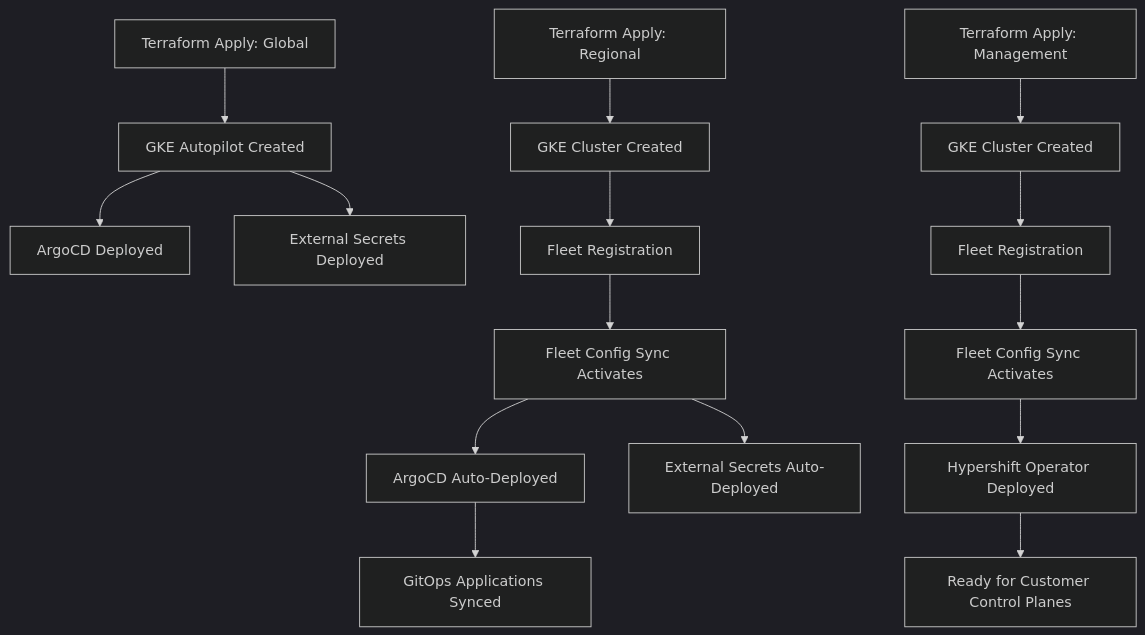
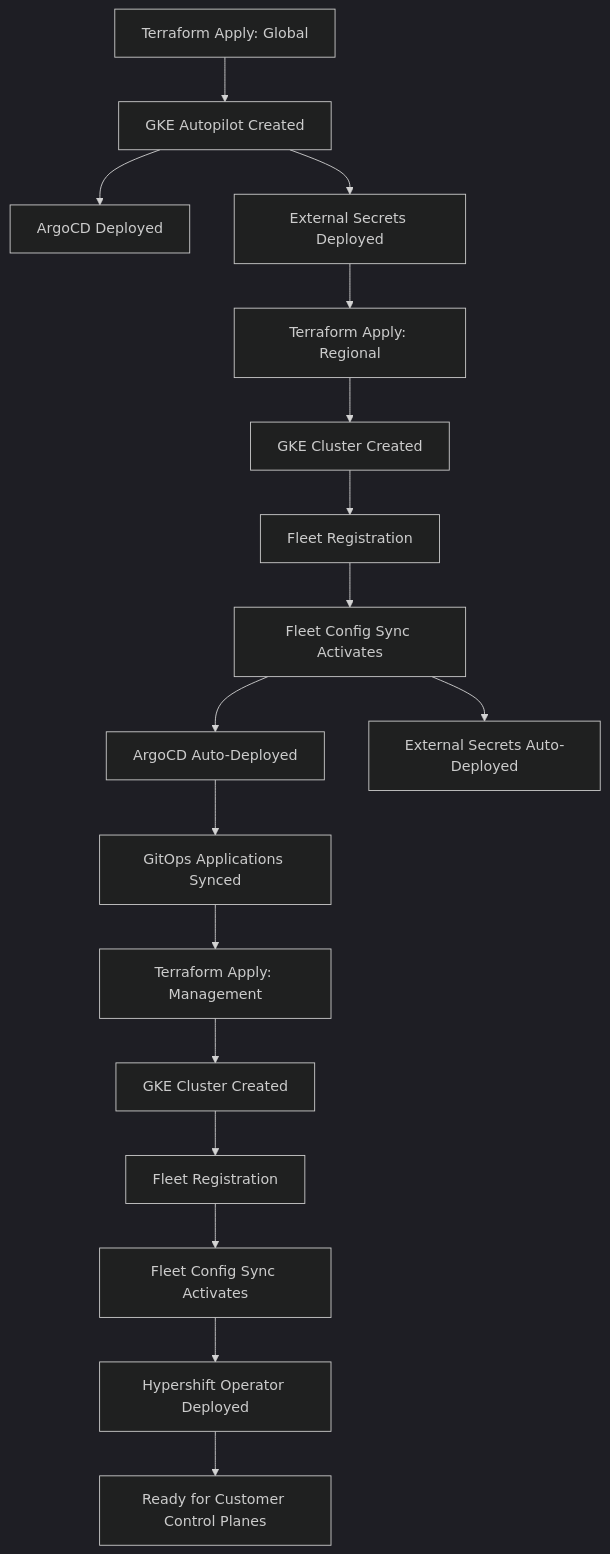
Before and after one commit to ritmun/proposals: the diagram in deployments/infra/gcp-hcp/docs/README.md, drawn with Mermaid (dark theme). The commit also changed 1 other file, not shown here.

Commit message:
fix diagram sequence

````diff
--- a/deployments/infra/gcp-hcp/docs/README.md
+++ b/deployments/infra/gcp-hcp/docs/README.md
@@ -88,19 +88,21 @@
 ```mermaid
 graph TD
     A[Terraform Apply: Global] --> B[GKE Autopilot Created]
     B --> C[ArgoCD Deployed]
     B --> D[External Secrets Deployed]
+    D --> E[Terraform Apply: Regional]
 
-    E[Terraform Apply: Regional] --> F[GKE Cluster Created]
+    E --> F[GKE Cluster Created]
     F --> G[Fleet Registration]
     G --> H[Fleet Config Sync Activates]
     H --> I[ArgoCD Auto-Deployed]
     H --> J[External Secrets Auto-Deployed]
     I --> K[GitOps Applications Synced]
+    K --> L[Terraform Apply: Management]
 
-    L[Terraform Apply: Management] --> M[GKE Cluster Created]
+    L --> M[GKE Cluster Created]
     M --> N[Fleet Registration]
     N --> O[Fleet Config Sync Activates]
     O --> P[Hypershift Operator Deployed]
     P --> Q[Ready for Customer Control Planes]
 ```
````
